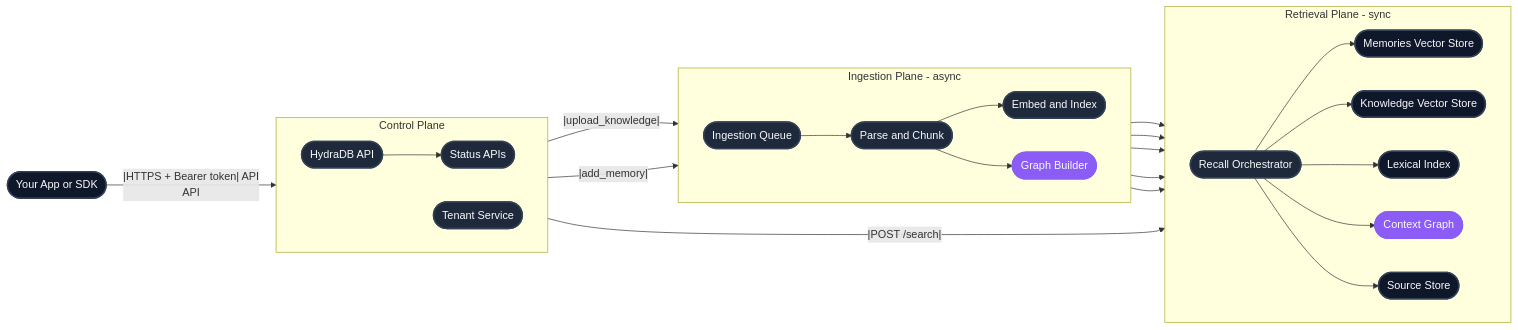
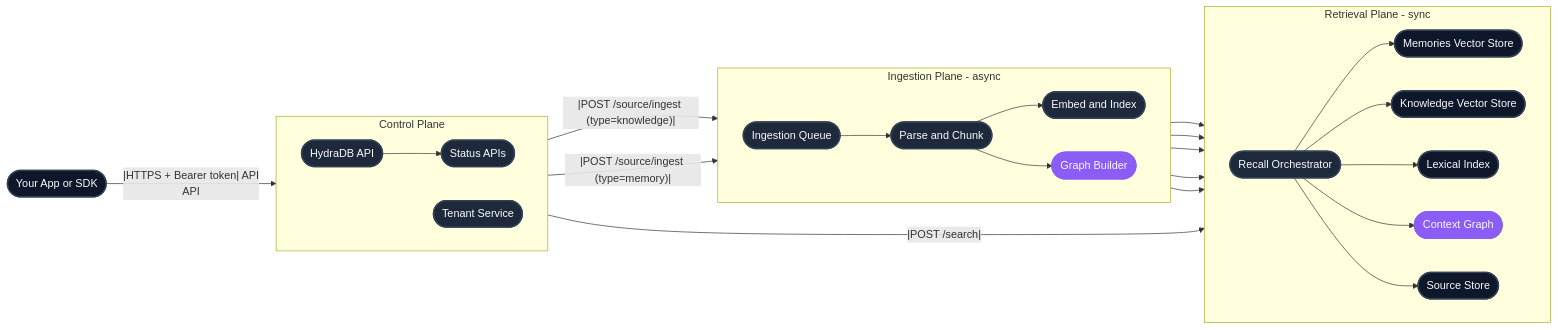
The first of 2 diagrams in essentials/v2/architecture.mdx (donendosted/mintlify-docs), drawn with Mermaid before and after one commit.

````diff
--- a/essentials/v2/architecture.mdx
+++ b/essentials/v2/architecture.mdx
@@ -22,64 +22,64 @@
 ```mermaid
 flowchart LR
   Client([Your App or SDK])
   style Client fill:#0f172a,stroke:#334155,stroke-width:2px,color:#f8fafc,stroke-linecap:round
 
   subgraph Control[Control Plane]
     direction LR
     API([HydraDB API])
     Tenants([Tenant Service])
     Status([Status APIs])
     style API fill:#1e293b,stroke:#334155,stroke-width:2px,color:#f8fafc,stroke-linecap:round
     style Tenants fill:#1e293b,stroke:#334155,stroke-width:2px,color:#f8fafc,stroke-linecap:round
     style Status fill:#1e293b,stroke:#334155,stroke-width:2px,color:#f8fafc,stroke-linecap:round
   end
 
   subgraph Ingestion[Ingestion Plane - async]
     direction LR
     Queue([Ingestion Queue])
     Parser([Parse and Chunk])
     Embed([Embed and Index])
     Graph([Graph Builder])
     style Queue fill:#1e293b,stroke:#334155,stroke-width:2px,color:#f8fafc,stroke-linecap:round
     style Parser fill:#1e293b,stroke:#334155,stroke-width:2px,color:#f8fafc,stroke-linecap:round
     style Embed fill:#1e293b,stroke:#334155,stroke-width:2px,color:#f8fafc,stroke-linecap:round
     style Graph fill:#8b5cf6,stroke:#8b5cf6,stroke-width:2px,color:#f8fafc,stroke-linecap:round
   end
 
   subgraph Retrieval[Retrieval Plane - sync]
     direction LR
     Recall([Recall Orchestrator])
     MemVec([Memories Vector Store])
     KnowVec([Knowledge Vector Store])
     Lexical([Lexical Index])
     ContextGraph([Context Graph])
     Sources([Source Store])
     style Recall fill:#1e293b,stroke:#334155,stroke-width:2px,color:#f8fafc,stroke-linecap:round
     style MemVec fill:#0f172a,stroke:#334155,stroke-width:2px,color:#f8fafc,stroke-linecap:round
     style KnowVec fill:#0f172a,stroke:#334155,stroke-width:2px,color:#f8fafc,stroke-linecap:round
     style Lexical fill:#0f172a,stroke:#334155,stroke-width:2px,color:#f8fafc,stroke-linecap:round
     style ContextGraph fill:#8b5cf6,stroke:#8b5cf6,stroke-width:2px,color:#f8fafc,stroke-linecap:round
     style Sources fill:#0f172a,stroke:#334155,stroke-width:2px,color:#f8fafc,stroke-linecap:round
   end
 
   Client --|HTTPS + Bearer token| API
   API --> Tenants
   API --> Status
-  API --|upload_knowledge|--> Queue
-  API --|add_memory|--> Queue
+  API --|POST /source/ingest (type=knowledge)|--> Queue
+  API --|POST /source/ingest (type=memory)|--> Queue
   Queue --> Parser
   Parser --> Sources
   Parser --> Embed
   Embed --> MemVec
   Embed --> KnowVec
   Embed --> Lexical
   Parser --> Graph
   Graph --> ContextGraph
 
   API --|POST /search|--> Recall
   Recall --> MemVec
   Recall --> KnowVec
   Recall --> Lexical
   Recall --> ContextGraph
   Recall --> Sources
 ```
````
